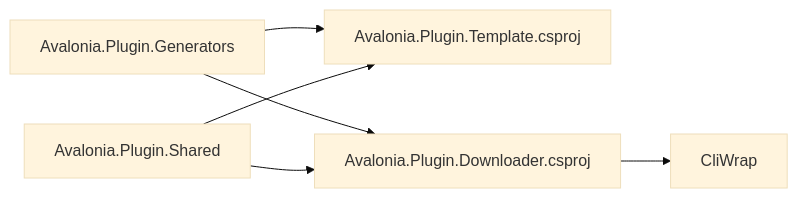
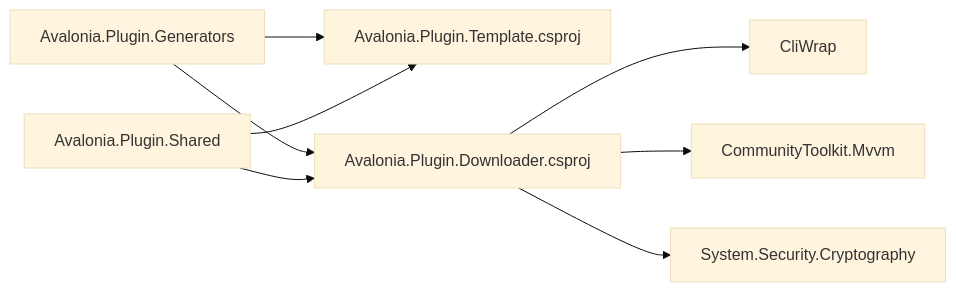
The seventh of 7 diagrams in .qoder/repowiki/zh/content/插件开发教程/插件开发教程.md (lytree/AvaloniaTemplate), drawn with Mermaid (base theme) before and after one commit. The commit also changed other lines of this file and 15 other files, not shown here.

````diff
--- a/.qoder/repowiki/zh/content/插件开发教程/插件开发教程.md
+++ b/.qoder/repowiki/zh/content/插件开发教程/插件开发教程.md
@@ -431,8 +434,10 @@
 ```mermaid
 graph LR
 Gen["Avalonia.Plugin.Generators"] --> TPL["Avalonia.Plugin.Template.csproj"]
 Gen --> DOWN["Avalonia.Plugin.Downloader.csproj"]
 Shared["Avalonia.Plugin.Shared"] --> TPL
 Shared --> DOWN
 DOWN --> CliWrap["CliWrap"]
+DOWN --> CommunityToolkit["CommunityToolkit.Mvvm"]
+DOWN --> Crypto["System.Security.Cryptography"]
 ```
````
